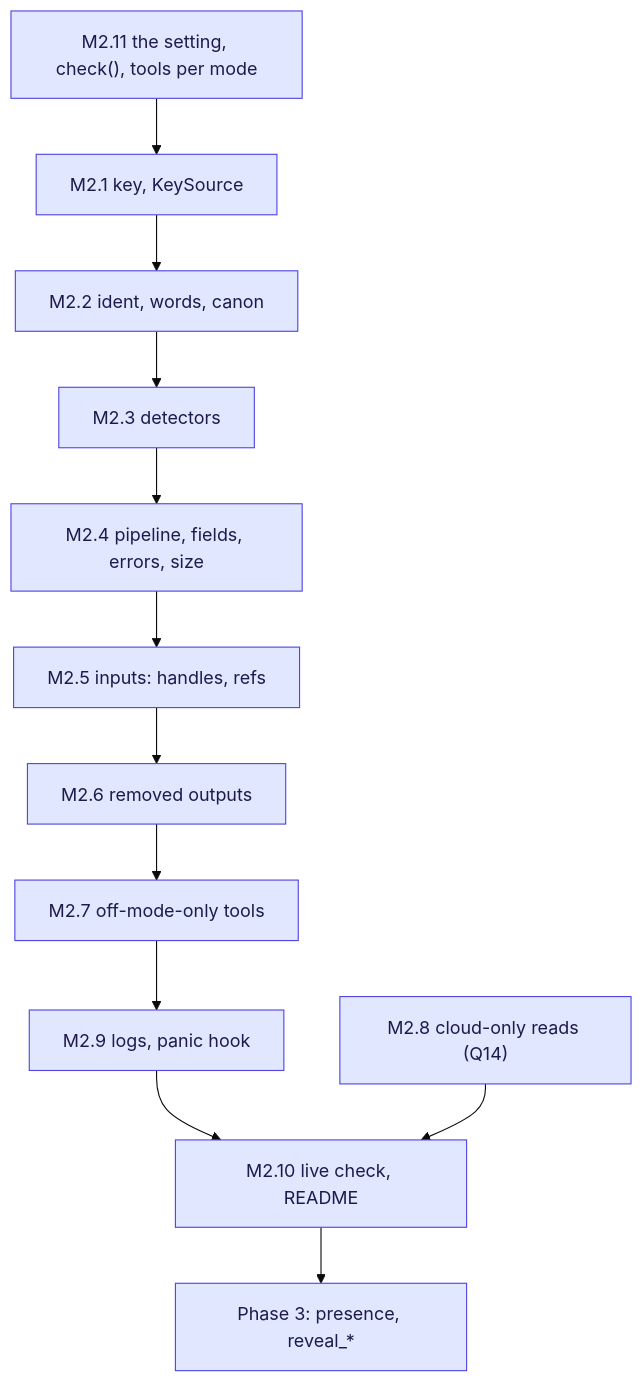
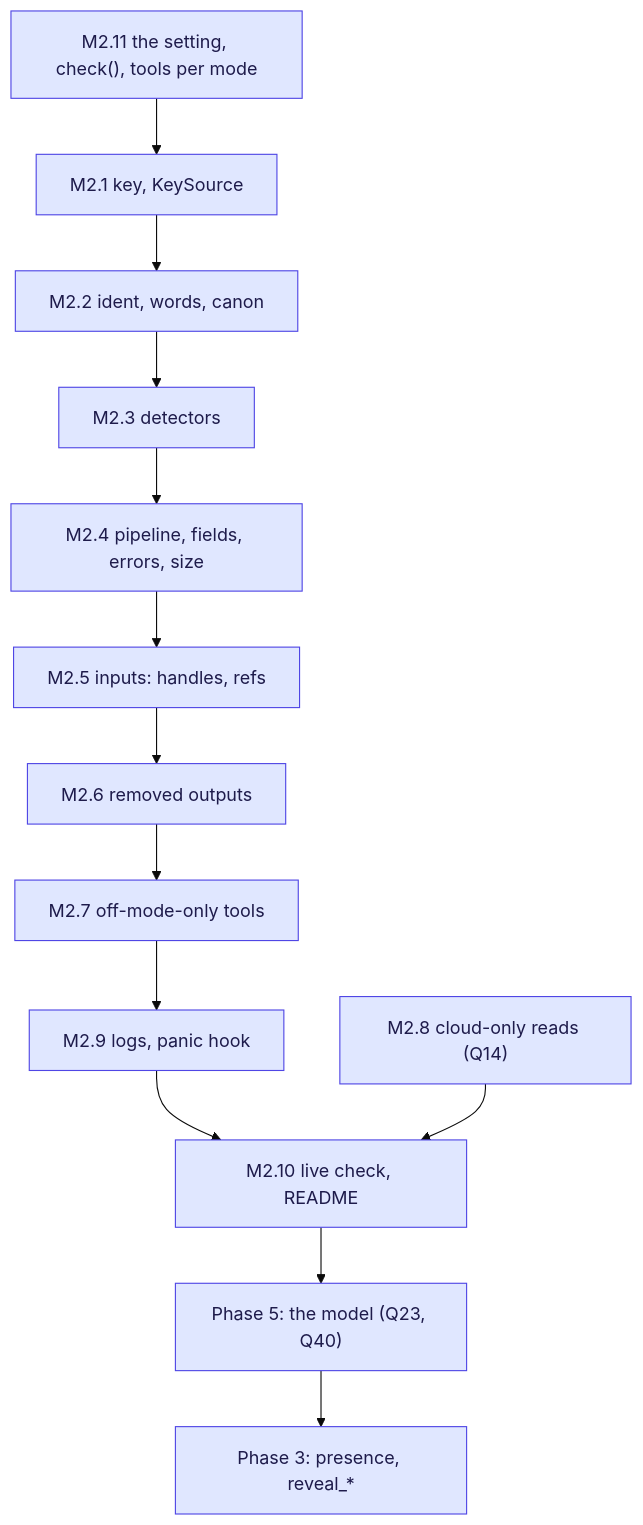
Diagram 11 of 11 in docs/rfc-0001/lld-privacy-layer.md (matt-w-horn/protonctl), drawn with Mermaid (base theme) before and after one commit. The commit also changed other lines of this file and 11 other files, not shown here.

````diff
--- a/docs/rfc-0001/lld-privacy-layer.md
+++ b/docs/rfc-0001/lld-privacy-layer.md
@@ -828,17 +831,18 @@
 ```mermaid
 flowchart TB
     M211["M2.11 the setting, check(), tools per mode"] --> M21["M2.1 key, KeySource"]
     M21 --> M22["M2.2 ident, words, canon"]
     M22 --> M23["M2.3 detectors"]
     M23 --> M24["M2.4 pipeline, fields, errors, size"]
     M24 --> M25["M2.5 inputs: handles, refs"]
     M25 --> M26["M2.6 removed outputs"]
     M26 --> M27["M2.7 off-mode-only tools"]
     M27 --> M29["M2.9 logs, panic hook"]
     M29 --> M210["M2.10 live check, README"]
     M28["M2.8 cloud-only reads (Q14)"] --> M210
-    M210 --> M3["Phase 3: presence, reveal_*"]
+    M210 --> M5["Phase 5: the model (Q23, Q40)"]
+    M5 --> M3["Phase 3: presence, reveal_*"]
 
     classDef m fill:#E0E7FF,stroke:#4F46E5,color:#1E1B4B
-    class M211,M21,M22,M23,M24,M25,M26,M27,M28,M29,M210,M3 m
+    class M211,M21,M22,M23,M24,M25,M26,M27,M28,M29,M210,M5,M3 m
 ```
````
